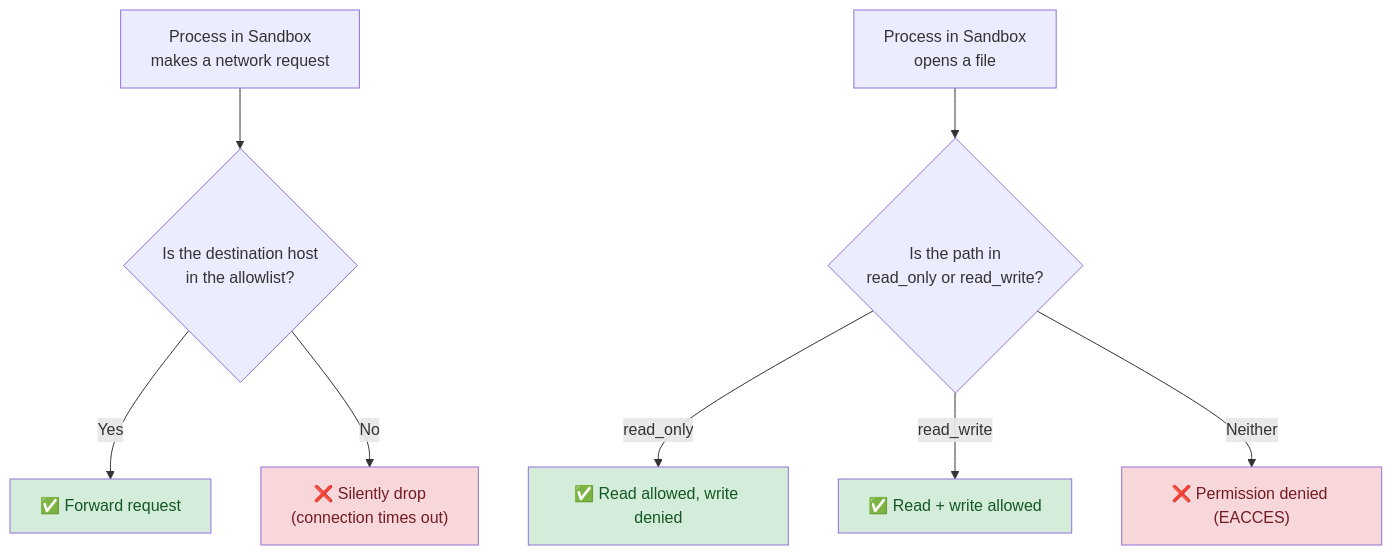
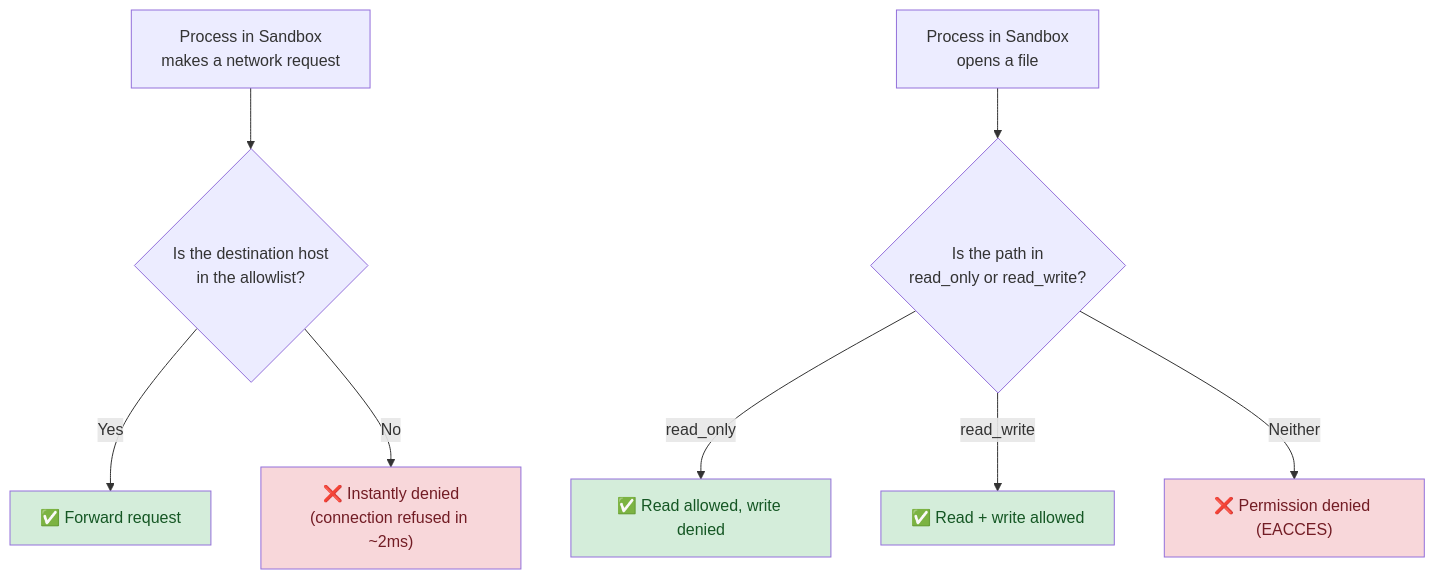
The sixth of 6 diagrams in docs/1-architecture/README.md (avijra/openshell-ztm-lab), drawn with Mermaid before and after one commit. The commit also changed other lines of this file and 3 other files, not shown here.

````diff
--- a/docs/1-architecture/README.md
+++ b/docs/1-architecture/README.md
@@ -144,17 +144,17 @@
 ```mermaid
 graph TD
     P["Process in Sandbox<br/>makes a network request"] --> Q{"Is the destination host<br/>in the allowlist?"}
     Q -->|"Yes"| A["✅ Forward request"]
-    Q -->|"No"| D["❌ Silently drop<br/>(connection times out)"]
+    Q -->|"No"| D["❌ Instantly denied<br/>(connection refused in ~2ms)"]
 
     P2["Process in Sandbox<br/>opens a file"] --> Q2{"Is the path in<br/>read_only or read_write?"}
     Q2 -->|"read_only"| R["✅ Read allowed, write denied"]
     Q2 -->|"read_write"| RW["✅ Read + write allowed"]
     Q2 -->|"Neither"| FD["❌ Permission denied (EACCES)"]
 
     style A fill:#d4edda,color:#155724
     style R fill:#d4edda,color:#155724
     style RW fill:#d4edda,color:#155724
     style D fill:#f8d7da,color:#721c24
     style FD fill:#f8d7da,color:#721c24
 ```
````
